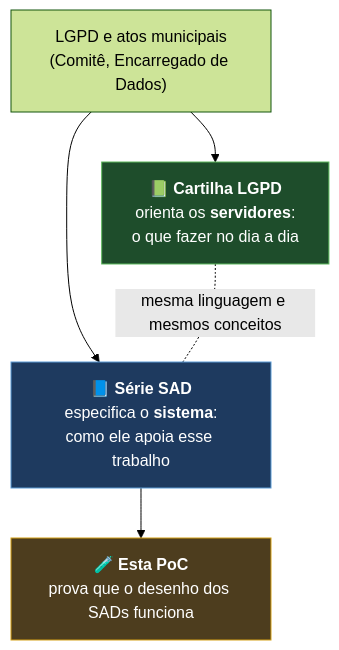
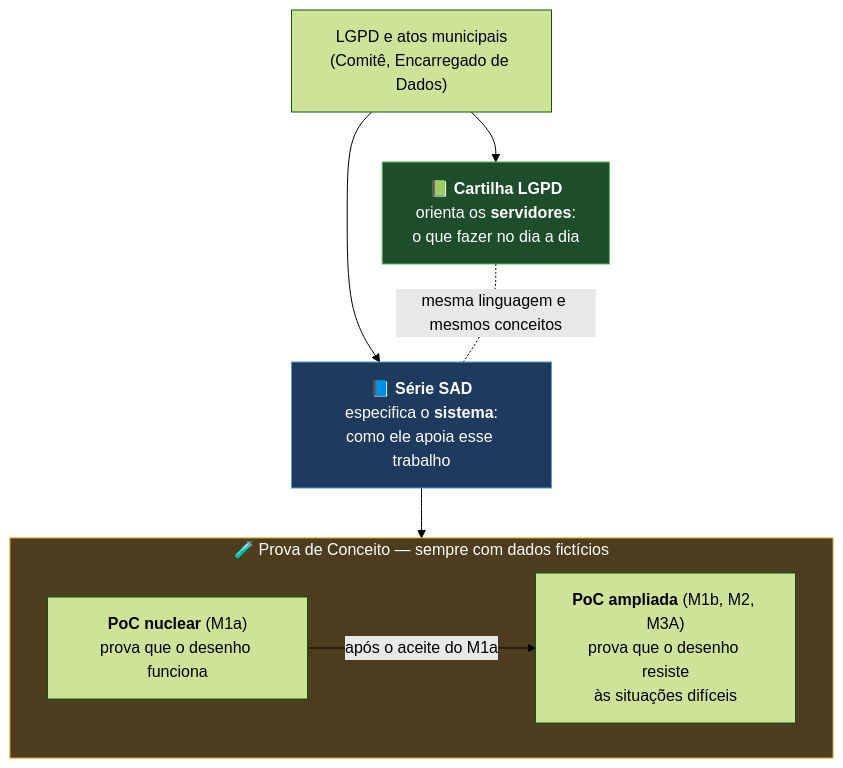
The first of 11 diagrams in README.md (ailtonfv/governanca-lgpd-hortolandia), drawn with Mermaid (forest theme) before and after one commit. The commit also changed other lines of this file and 1 other file, not shown here.

Commit message:
README rev. 2: PoC nuclear e ampliada, precedencia, criterios por marco, proximos passos e pendencias

````diff
--- a/README.md
+++ b/README.md
@@ -11,12 +11,17 @@
 ```mermaid
+%% wide
 flowchart TB
     L["LGPD e atos municipais<br/>(Comitê, Encarregado de Dados)"] --> C
     L --> S
     C["📗 <b>Cartilha LGPD</b><br/>orienta os <b>servidores</b>:<br/>o que fazer no dia a dia"]
     S["📘 <b>Série SAD</b><br/>especifica o <b>sistema</b>:<br/>como ele apoia esse trabalho"]
     C -. mesma linguagem e mesmos conceitos .- S
-    S --> P["🧪 <b>Esta PoC</b><br/>prova que o desenho dos SADs funciona"]
+    S --> POC
+    subgraph POC["🧪 Prova de Conceito — sempre com dados fictícios"]
+        direction LR
+        P["<b>PoC nuclear</b> (M1a)<br/>prova que o desenho funciona"] -- "após o aceite do M1a" --> A["<b>PoC ampliada</b> (M1b, M2, M3A)<br/>prova que o desenho resiste<br/>às situações difíceis"]
+    end
     style C fill:#1e4d2b,stroke:#5cb85c,color:#fff
     style S fill:#1e3a5f,stroke:#5b9bd5,color:#fff
-    style P fill:#4d3d1e,stroke:#d4a017,color:#fff
+    style POC fill:#4d3d1e,stroke:#d4a017,color:#fff
 ```
````
